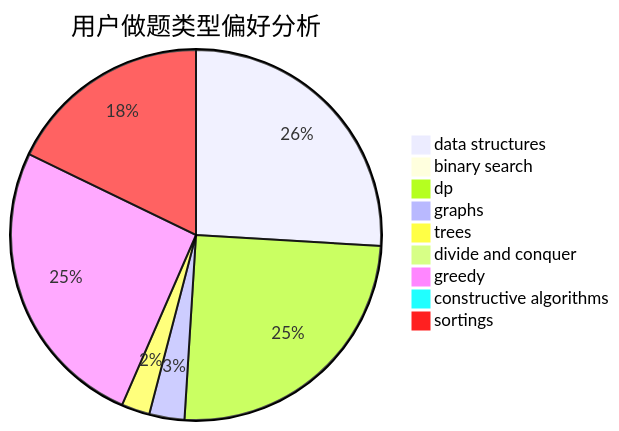
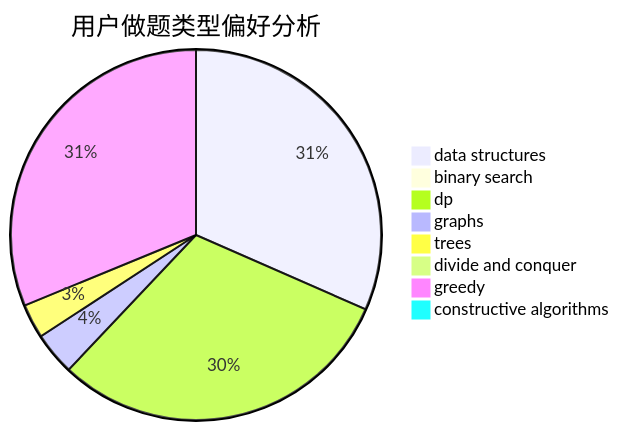
The second of 3 diagrams in docs/user/u469.md (sherpahu/cfrs.github.io), drawn with Mermaid before and after one commit. The commit also changed other lines of this file and 2769 other files, not shown here.

````diff
--- a/docs/user/u469.md
+++ b/docs/user/u469.md
@@ -18,12 +18,11 @@
 ```mermaid
 pie title 用户做题类型偏好分析
     "data structures" :  431
     "binary search" :  9
     "dp" :  416
     "graphs" :  51
     "trees" :  41
     "divide and conquer" :  7
     "greedy" :  426
     "constructive algorithms" :  9
-    "sortings" :  296
 ```
````
